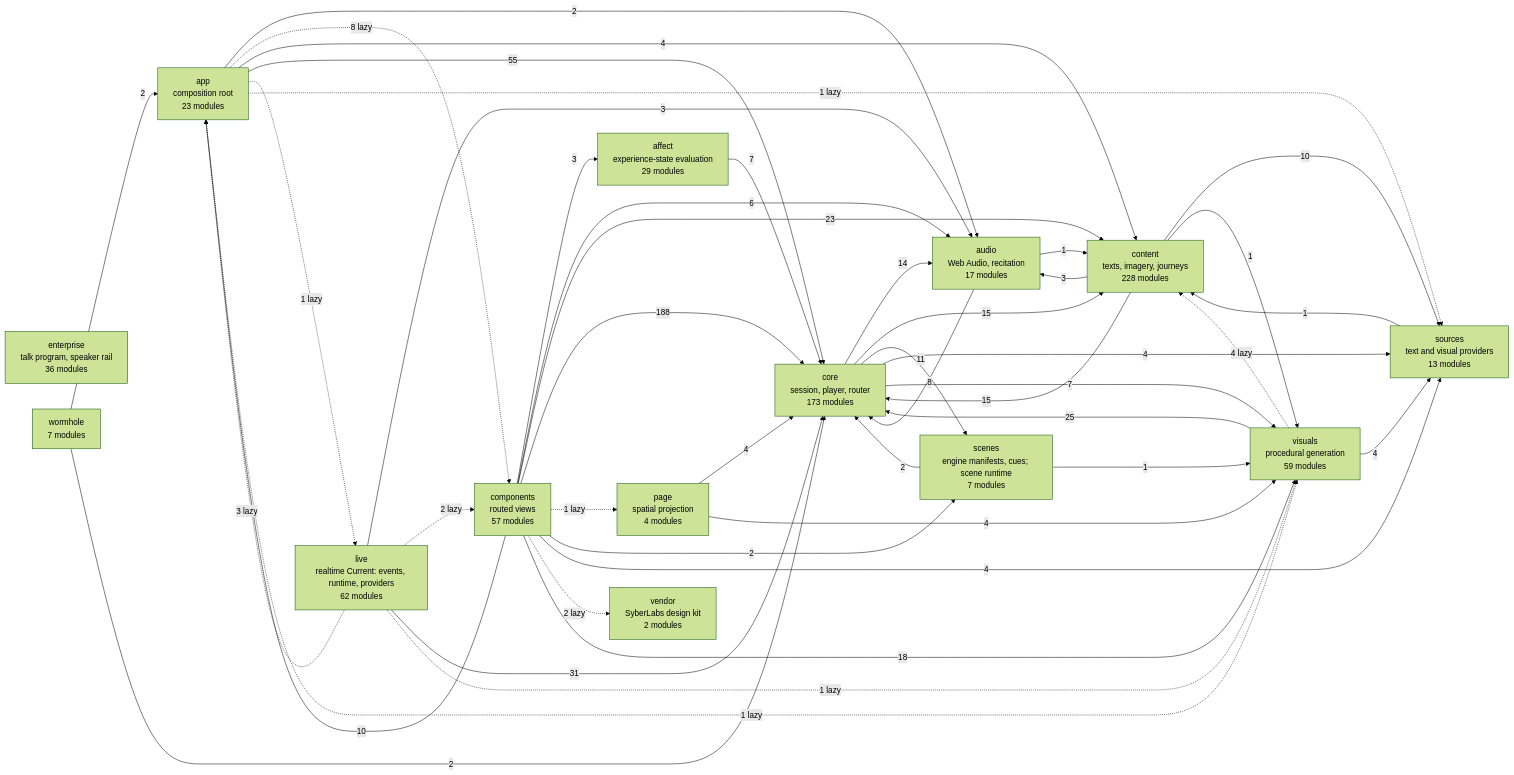
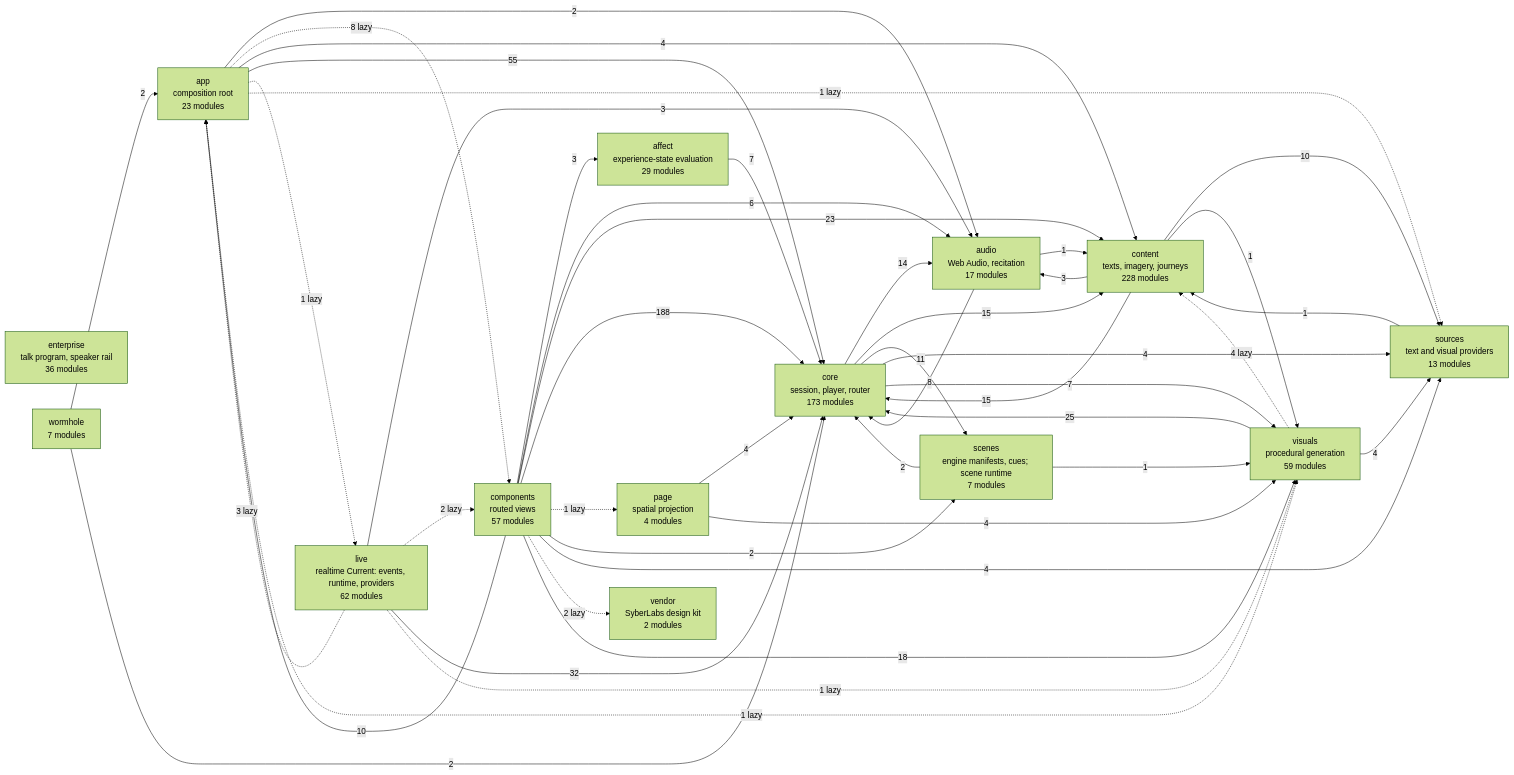
One commit to SyberLabs/RISE changed the diagram in docs/specs/ARCHITECTURE.md. Above: the diagram before and after it, drawn with Mermaid (forest theme).

Commit message:
The architecture diagram, regenerated: live imports one more core module (the OpenRouter return)

````diff
--- a/docs/specs/ARCHITECTURE.md
+++ b/docs/specs/ARCHITECTURE.md
@@ -161,62 +161,62 @@
 ```mermaid
 flowchart LR
     affect["affect<br/>experience-state evaluation<br/>29 modules"]
     app["app<br/>composition root<br/>23 modules"]
     audio["audio<br/>Web Audio, recitation<br/>17 modules"]
     components["components<br/>routed views<br/>57 modules"]
     content["content<br/>texts, imagery, journeys<br/>228 modules"]
     core["core<br/>session, player, router<br/>173 modules"]
     enterprise["enterprise<br/>talk program, speaker rail<br/>36 modules"]
     live["live<br/>realtime Current: events, runtime, providers<br/>62 modules"]
     page["page<br/>spatial projection<br/>4 modules"]
     scenes["scenes<br/>engine manifests, cues; scene runtime<br/>7 modules"]
     sources["sources<br/>text and visual providers<br/>13 modules"]
     vendor["vendor<br/>SyberLabs design kit<br/>2 modules"]
     visuals["visuals<br/>procedural generation<br/>59 modules"]
     wormhole["wormhole<br/>7 modules"]
 
     affect --> |7| core
     app --> |2| audio
     app -.-> |8 lazy| components
     app --> |4| content
     app --> |55| core
     app -.-> |1 lazy| live
     app -.-> |1 lazy| sources
     app -.-> |1 lazy| visuals
     audio --> |1| content
     audio --> |8| core
     components --> |3| affect
     components --> |10| app
     components --> |6| audio
     components --> |23| content
     components --> |188| core
     components -.-> |1 lazy| page
     components --> |2| scenes
     components --> |4| sources
     components -.-> |2 lazy| vendor
     components --> |18| visuals
     content --> |3| audio
     content --> |15| core
     content --> |10| sources
     content --> |1| visuals
     core --> |14| audio
     core --> |15| content
     core --> |11| scenes
     core --> |4| sources
     core --> |7| visuals
     live -.-> |3 lazy| app
     live --> |3| audio
     live -.-> |2 lazy| components
-    live --> |31| core
+    live --> |32| core
     live -.-> |1 lazy| visuals
     page --> |4| core
     page --> |4| visuals
     scenes --> |2| core
     scenes --> |1| visuals
     sources --> |1| content
     visuals -.-> |4 lazy| content
     visuals --> |25| core
     visuals --> |4| sources
     wormhole --> |2| app
     wormhole --> |2| core
 ```
````
